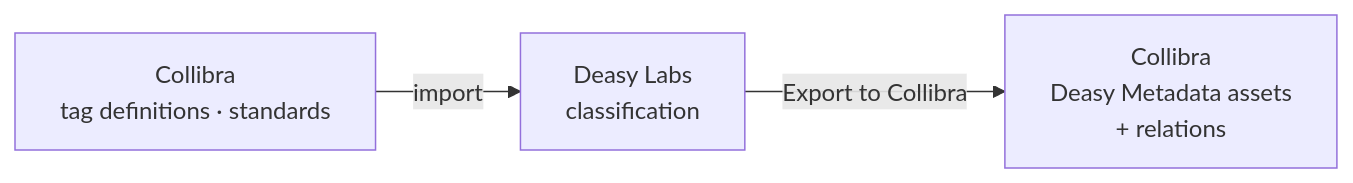
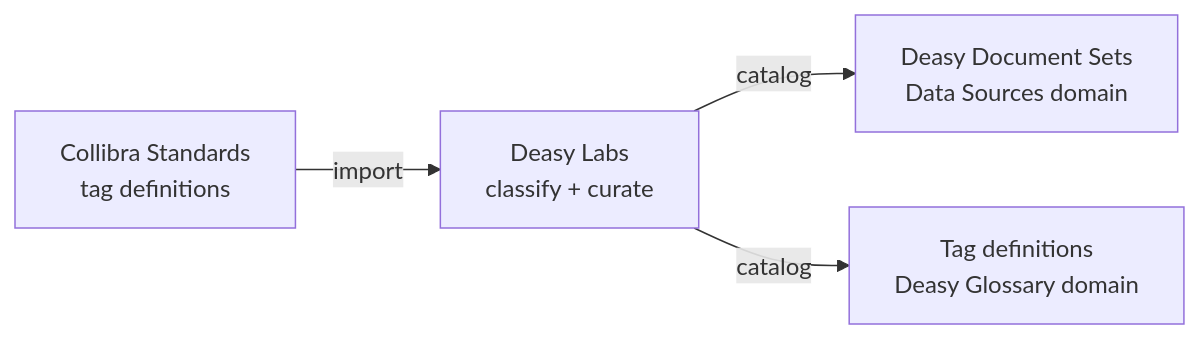
The diagram in integrations/collibra.mdx (Deasie-internal/deasy-docs), drawn with Mermaid before and after one commit. The commit also changed other lines of this file and 32 other files, not shown here.

````diff
--- a/integrations/collibra.mdx
+++ b/integrations/collibra.mdx
@@ -22,5 +58,6 @@
 ```mermaid
 flowchart LR
-    COL[Collibra<br/>tag definitions · standards] -->|import| DL[Deasy Labs<br/>classification]
-    DL -->|Export to Collibra| ASSETS[Collibra<br/>Deasy Metadata assets<br/>+ relations]
+    COL[Collibra Standards<br/>tag definitions] -->|import| DL[Deasy Labs<br/>classify + curate]
+    DL -->|catalog| DS[Deasy Document Sets<br/>Data Sources domain]
+    DL -->|catalog| TD[Tag definitions<br/>Deasy Glossary domain]
 ```
````
